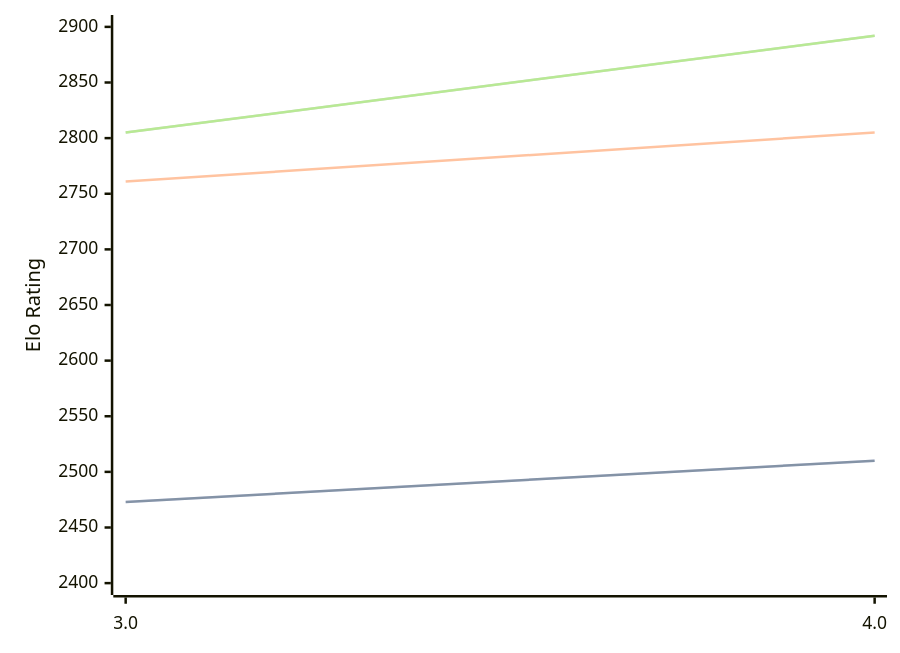
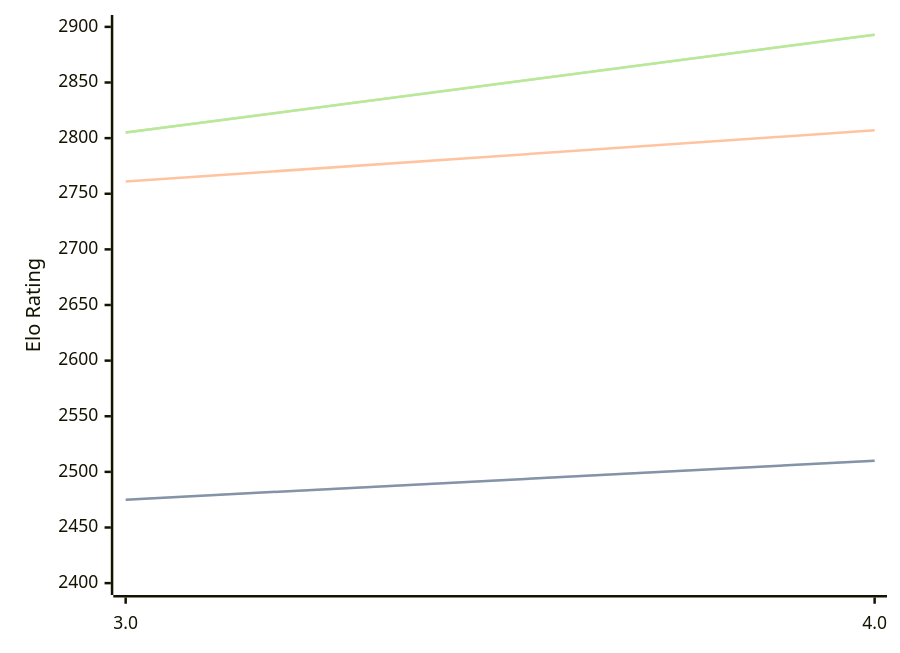
One commit to computer-chess-index/cci changed the diagram in engines/Chess3.md. Above: the diagram before and after it, drawn with Mermaid. The commit also changed other lines of this file, not shown here.

Commit message:
Update CCI Ratings (ELO VLTC) - 2026-10-03

````diff
--- a/engines/Chess3.md
+++ b/engines/Chess3.md
@@ -32,11 +32,11 @@
 ```mermaid
 %%{init: {"theme":"base","themeVariables":{"seriesColors:['#a3a3a3','#222221','#faa371']}}}%%
 xychart-beta
   x-axis ["3.0", "4.0"]
   y-axis "Elo Rating" 2400 --> 2900
-  line "" [2473, 2510]
-  line "STC (8.0+0.08s)" [2473, 2510]
-  line "LTC (60.0+0.60s)" [2761, 2805]
-  line "" [2805, 2892]
-  line "VLTC (2m24s+1.12s)" [2805, 2892]
+  line "" [2475, 2510]
+  line "STC (8.0+0.08s)" [2475, 2510]
+  line "LTC (60.0+0.60s)" [2761, 2807]
+  line "" [2805, 2893]
+  line "VLTC (2m24s+1.12s)" [2805, 2893]
 ```
````
